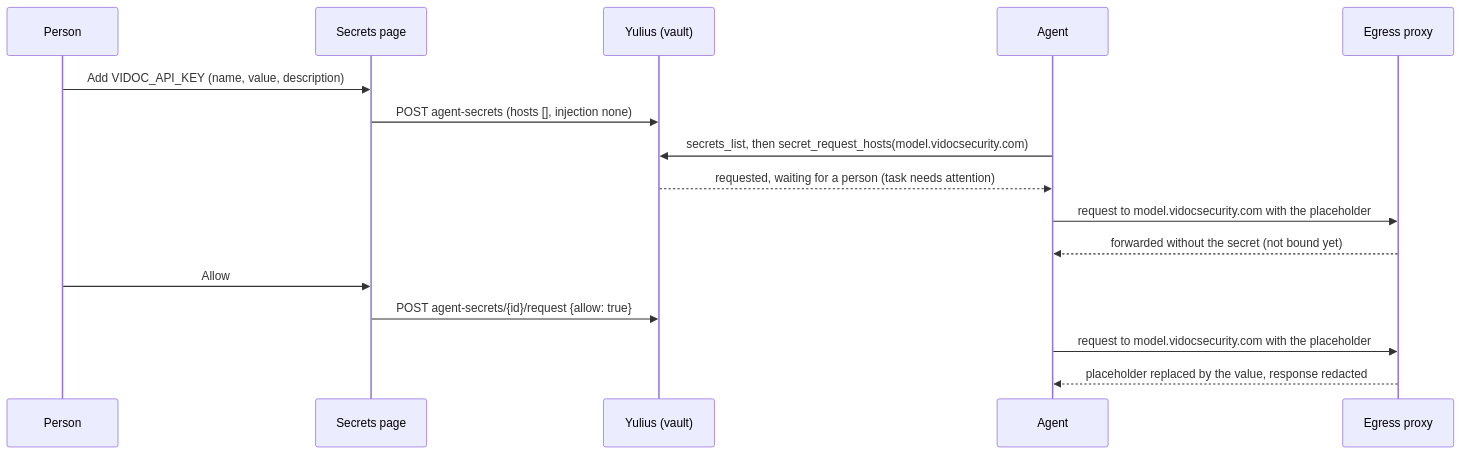
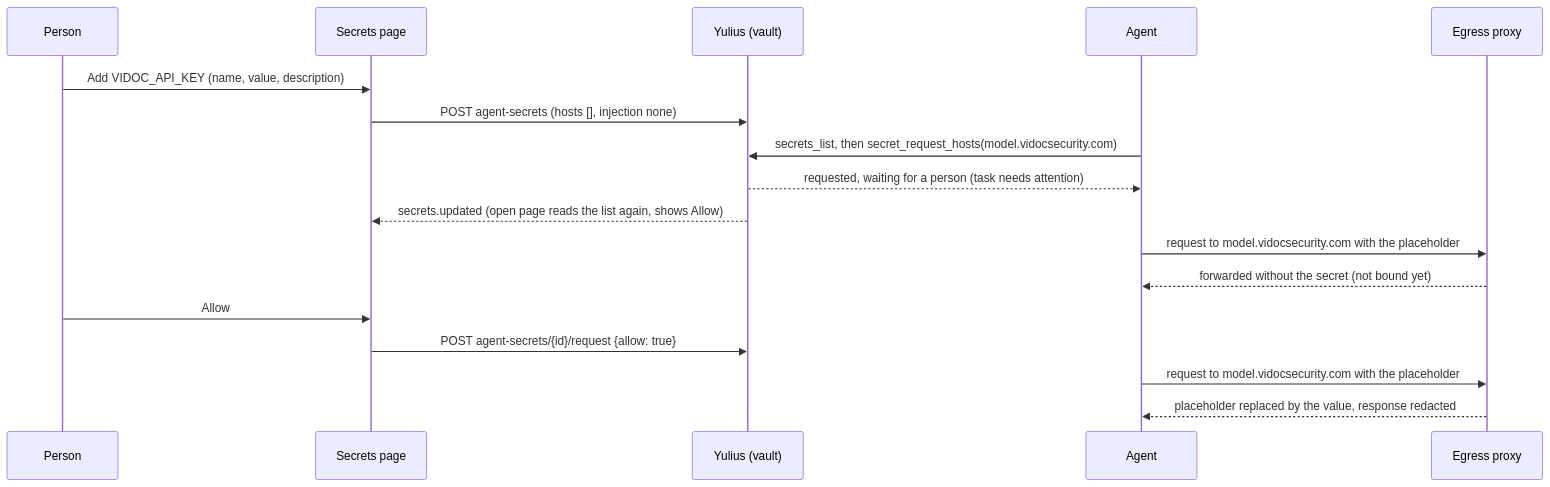
Diagram 19 of 43 in docs/architecture.md (Quartio-Studio/yulius), drawn with Mermaid before and after one commit. The commit also changed other lines of this file and 15 other files, not shown here.

First line of the commit message:
fix(secrets): allow didnt show instantly but i needed to refresh the page. Fix. (#637)

````diff
--- a/docs/architecture.md
+++ b/docs/architecture.md
@@ -731,18 +734,19 @@
 ```mermaid
 sequenceDiagram
     participant P as Person
     participant UI as Secrets page
     participant App as Yulius (vault)
     participant A as Agent
     participant X as Egress proxy
     P->>UI: Add VIDOC_API_KEY (name, value, description)
     UI->>App: POST agent-secrets (hosts [], injection none)
     A->>App: secrets_list, then secret_request_hosts(model.vidocsecurity.com)
     App-->>A: requested, waiting for a person (task needs attention)
+    App-->>UI: secrets.updated (open page reads the list again, shows Allow)
     A->>X: request to model.vidocsecurity.com with the placeholder
     X-->>A: forwarded without the secret (not bound yet)
     P->>UI: Allow
     UI->>App: POST agent-secrets/{id}/request {allow: true}
     A->>X: request to model.vidocsecurity.com with the placeholder
     X-->>A: placeholder replaced by the value, response redacted
 ```
````
